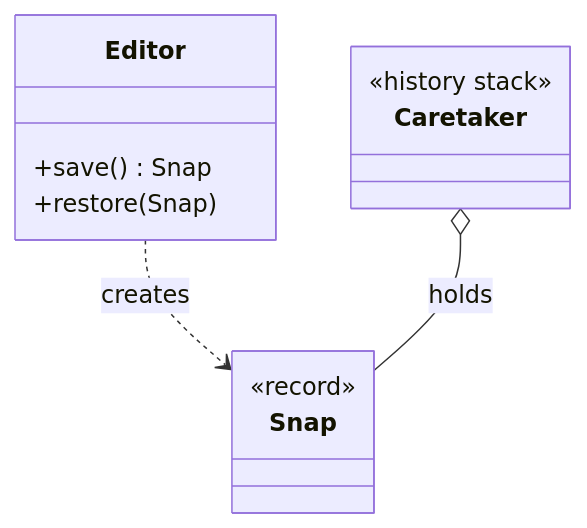
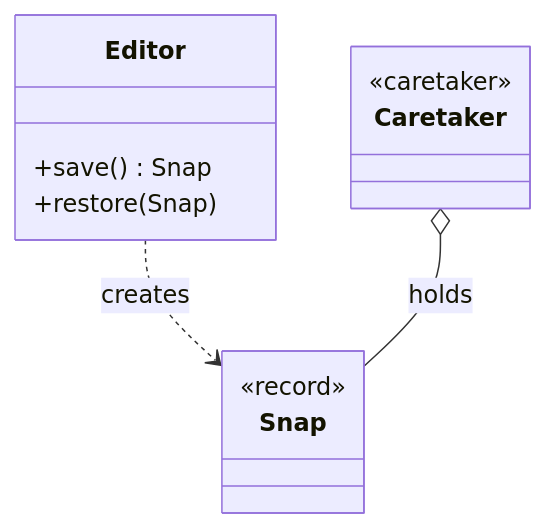
The diagram in Java/06_Design-Patterns/Behavioral/Memento.md (kotiansukesh/Engineering-Knowledge-System), drawn with Mermaid before and after one commit. The commit also changed other lines of this file and 546 other files, not shown here.

````diff
--- a/Java/06_Design-Patterns/Behavioral/Memento.md
+++ b/Java/06_Design-Patterns/Behavioral/Memento.md
@@ -21,15 +28,15 @@
 ```mermaid
 classDiagram
  class Editor {
  +save() Snap
  +restore(Snap)
  }
  class Snap {
  <<record>>
  }
  class Caretaker {
- <<history stack>>
+ <<caretaker>>
  }
  Editor ..> Snap : creates
  Caretaker o-- Snap : holds
 ```
````
